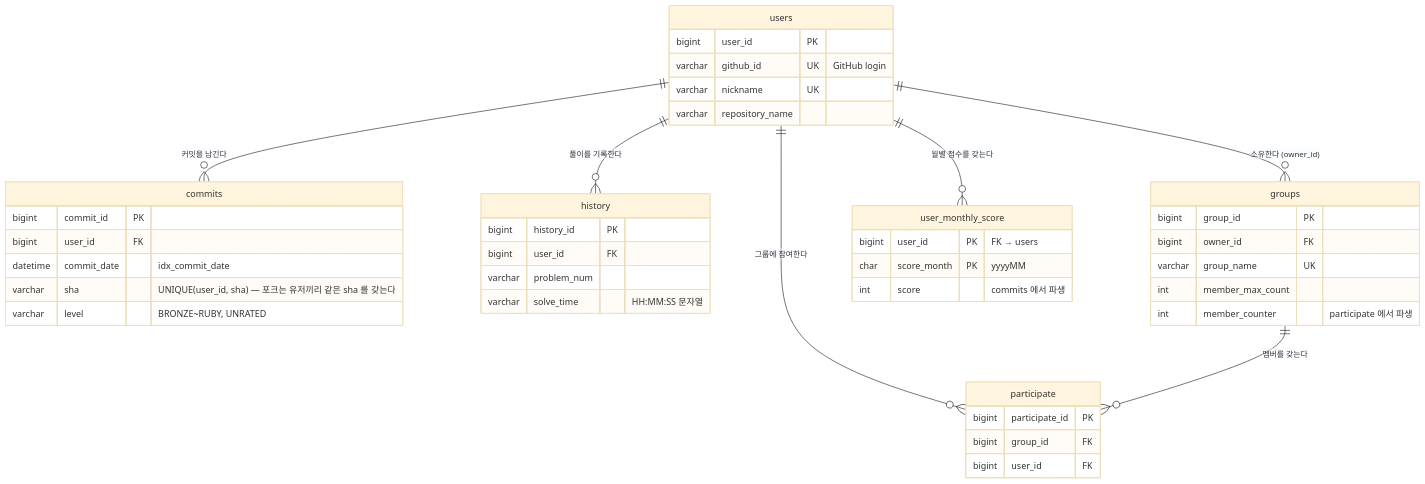
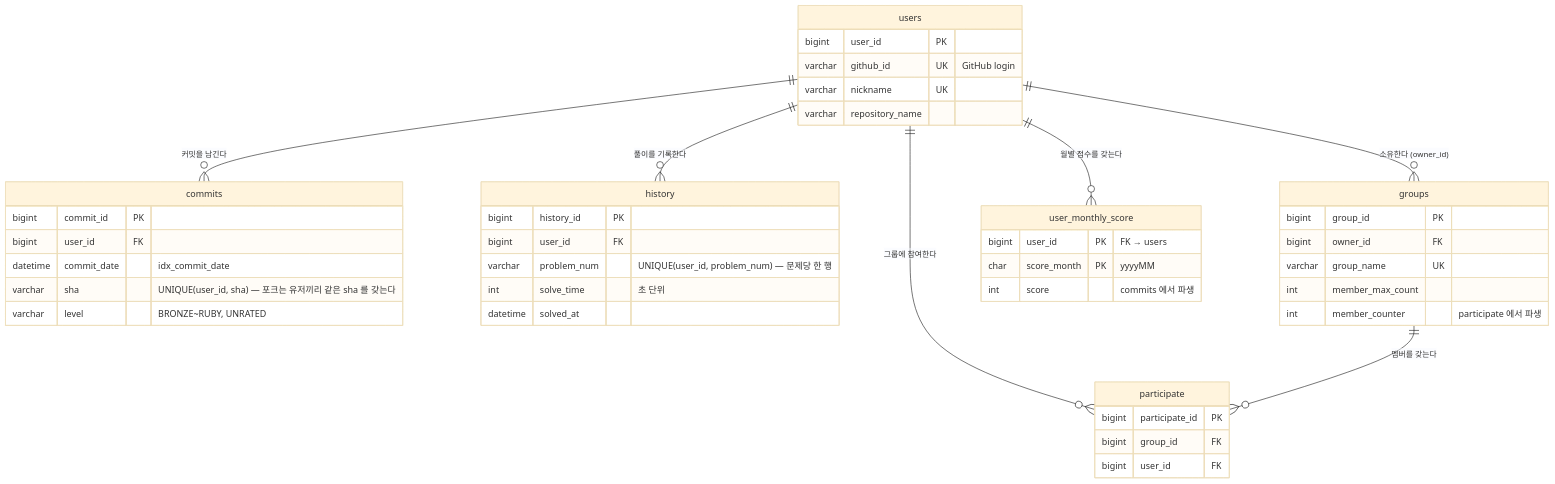
One commit to Layla7120/code_test_reminder_server changed the second of 2 diagrams in README.md. Above: the diagram before and after it, drawn with Mermaid (base theme). The commit also changed 9 other files, not shown here.

````diff
--- a/README.md
+++ b/README.md
@@ -24,46 +24,47 @@
 ```mermaid
 erDiagram
     users ||--o{ commits : "커밋을 남긴다"
     users ||--o{ history : "풀이를 기록한다"
     users ||--o{ participate : "그룹에 참여한다"
     users ||--o{ groups : "소유한다 (owner_id)"
     users ||--o{ user_monthly_score : "월별 점수를 갖는다"
     groups ||--o{ participate : "멤버를 갖는다"
 
     users {
         bigint user_id PK
         varchar github_id UK "GitHub login"
         varchar nickname UK
         varchar repository_name
     }
     commits {
         bigint commit_id PK
         bigint user_id FK
         datetime commit_date "idx_commit_date"
         varchar sha "UNIQUE(user_id, sha) — 포크는 유저끼리 같은 sha 를 갖는다"
         varchar level "BRONZE~RUBY, UNRATED"
     }
     groups {
         bigint group_id PK
         bigint owner_id FK
         varchar group_name UK
         int member_max_count
         int member_counter "participate 에서 파생"
     }
     participate {
         bigint participate_id PK
         bigint group_id FK
         bigint user_id FK
     }
     user_monthly_score {
         bigint user_id PK "FK → users"
         char score_month PK "yyyyMM"
         int score "commits 에서 파생"
     }
     history {
         bigint history_id PK
         bigint user_id FK
-        varchar problem_num
-        varchar solve_time "HH:MM:SS 문자열"
+        varchar problem_num "UNIQUE(user_id, problem_num) — 문제당 한 행"
+        int solve_time "초 단위"
+        datetime solved_at
     }
 ```
````
